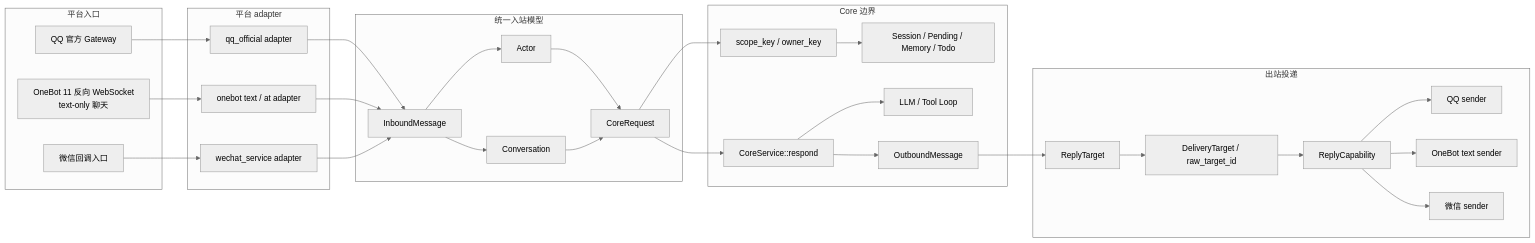
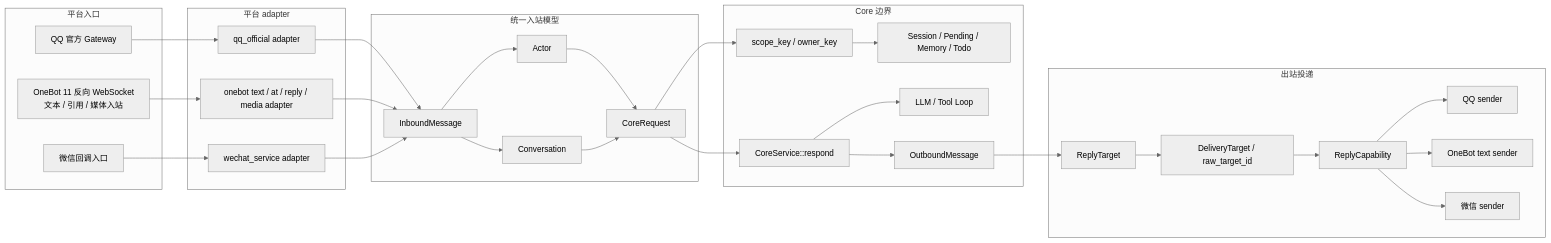
The diagram in qq-maid-gateway-rs/README.md (kuliantnt/qq-maid-bot), drawn with Mermaid (neutral theme) before and after one commit. The commit also changed other lines of this file and 10 other files, not shown here.

Commit message:
feat: 完善 OneBot 引用与媒体适配 (#456)

````diff
--- a/qq-maid-gateway-rs/README.md
+++ b/qq-maid-gateway-rs/README.md
@@ -7,52 +7,52 @@
 ```mermaid
 flowchart LR
     subgraph platform_in["平台入口"]
         qq["QQ 官方 Gateway"]
-        onebot["OneBot 11 反向 WebSocket<br/>text-only 聊天"]
+        onebot["OneBot 11 反向 WebSocket<br/>文本 / 引用 / 媒体入站"]
         wechat["微信回调入口"]
     end
 
     subgraph adapters["平台 adapter"]
         qq_adapter["qq_official adapter"]
-        onebot_adapter["onebot text / at adapter"]
+        onebot_adapter["onebot text / at / reply / media adapter"]
         wechat_adapter["wechat_service adapter"]
     end
 
     subgraph inbound["统一入站模型"]
         inbound_msg["InboundMessage"]
         actor["Actor"]
         conversation["Conversation"]
         core_request["CoreRequest"]
     end
 
     subgraph core["Core 边界"]
         core_service["CoreService::respond"]
         business_keys["scope_key / owner_key"]
         state["Session / Pending / Memory / Todo"]
         llm["LLM / Tool Loop"]
         outbound_msg["OutboundMessage"]
     end
 
     subgraph outbound["出站投递"]
         reply_target["ReplyTarget"]
         delivery_target["DeliveryTarget / raw_target_id"]
         capability["ReplyCapability"]
         qq_sender["QQ sender"]
         onebot_sender["OneBot text sender"]
         wechat_sender["微信 sender"]
     end
 
     qq --> qq_adapter --> inbound_msg
     onebot --> onebot_adapter --> inbound_msg
     wechat --> wechat_adapter --> inbound_msg
     inbound_msg --> actor --> core_request
     inbound_msg --> conversation --> core_request
     core_request --> core_service
     core_request --> business_keys --> state
     core_service --> llm
     core_service --> outbound_msg
     outbound_msg --> reply_target --> delivery_target --> capability
     capability --> qq_sender
     capability --> onebot_sender
     capability --> wechat_sender
 ```
````
